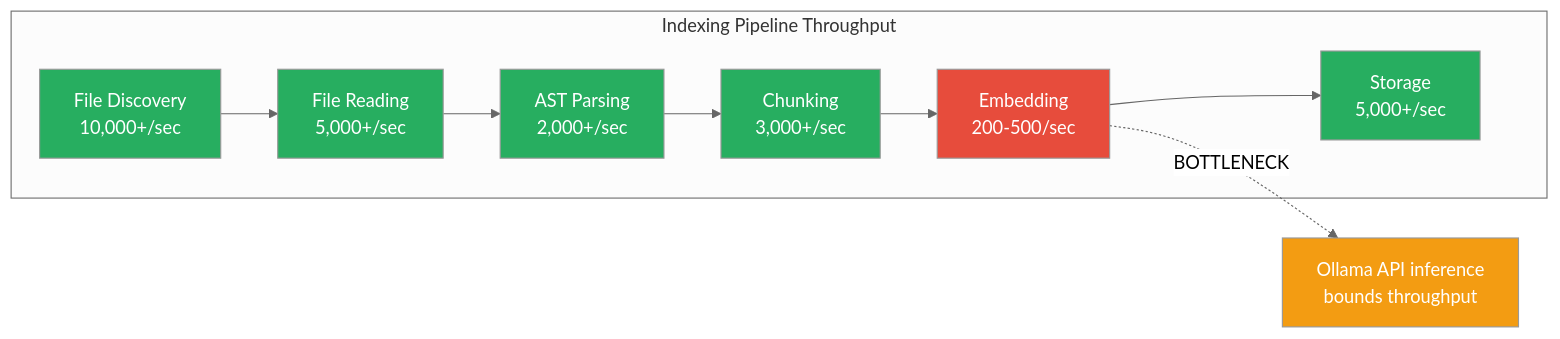
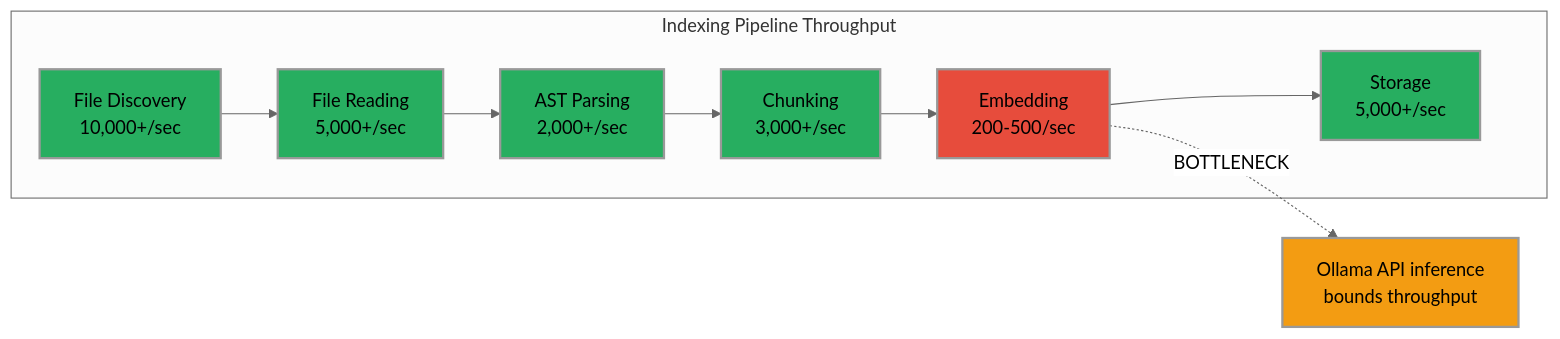
One commit to sampi02/amanmcp changed diagram 15 of 27 in docs/reference/architecture/architecture.md. Above: the diagram before and after it, drawn with Mermaid (neutral theme). The commit also changed other lines of this file and 59 other files, not shown here.

````diff
--- a/docs/reference/architecture/architecture.md
+++ b/docs/reference/architecture/architecture.md
@@ -802,23 +1103,23 @@
 ```mermaid
 flowchart LR
     subgraph Pipeline["Indexing Pipeline Throughput"]
         D[File Discovery<br/>10,000+/sec]
         R[File Reading<br/>5,000+/sec]
         P[AST Parsing<br/>2,000+/sec]
         C[Chunking<br/>3,000+/sec]
         E[Embedding<br/>200-500/sec]
         S[Storage<br/>5,000+/sec]
     end
 
     D --> R --> P --> C --> E --> S
 
     E -.->|BOTTLENECK| Note["Ollama API inference<br/>bounds throughput"]
 
-    style D fill:#27ae60,color:#fff
-    style R fill:#27ae60,color:#fff
-    style P fill:#27ae60,color:#fff
-    style C fill:#27ae60,color:#fff
-    style E fill:#e74c3c,color:#fff
-    style S fill:#27ae60,color:#fff
-    style Note fill:#f39c12,color:#fff
+    style D fill:#27ae60,stroke-width:2px
+    style R fill:#27ae60,stroke-width:2px
+    style P fill:#27ae60,stroke-width:2px
+    style C fill:#27ae60,stroke-width:2px
+    style E fill:#e74c3c,stroke-width:2px
+    style S fill:#27ae60,stroke-width:2px
+    style Note fill:#f39c12,stroke-width:2px
 ```
````
